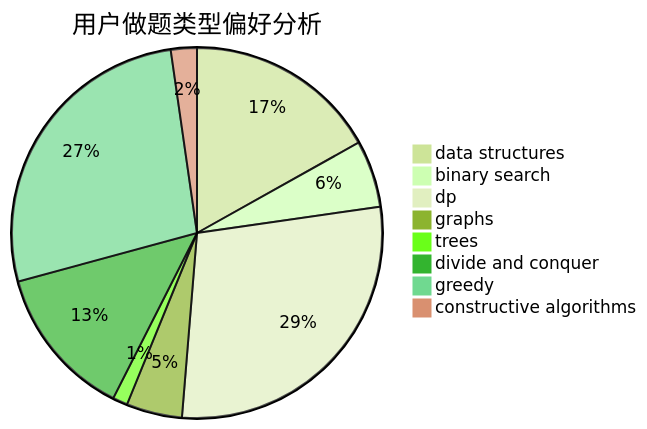
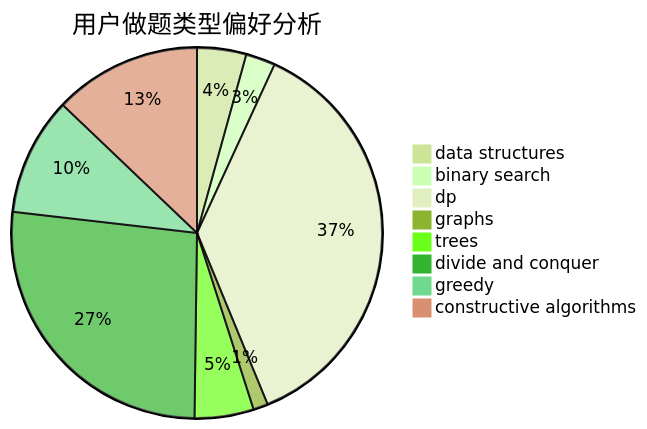
Before and after one commit to sherpahu/cfrs.github.io: the second of 3 diagrams in docs/user/u1390.md, drawn with Mermaid (forest theme). The commit also changed other lines of this file and 2770 other files, not shown here.

````diff
--- a/docs/user/u1390.md
+++ b/docs/user/u1390.md
@@ -23,11 +23,11 @@
 ```mermaid
 pie title 用户做题类型偏好分析
-    "data structures" :  52
-    "binary search" :  18
-    "dp" :  88
-    "graphs" :  15
-    "trees" :  4
-    "divide and conquer" :  41
-    "greedy" :  83
-    "constructive algorithms" :  7
+    "data structures" :  10
+    "binary search" :  6
+    "dp" :  86
+    "graphs" :  3
+    "trees" :  12
+    "divide and conquer" :  62
+    "greedy" :  24
+    "constructive algorithms" :  30
 ```
````
